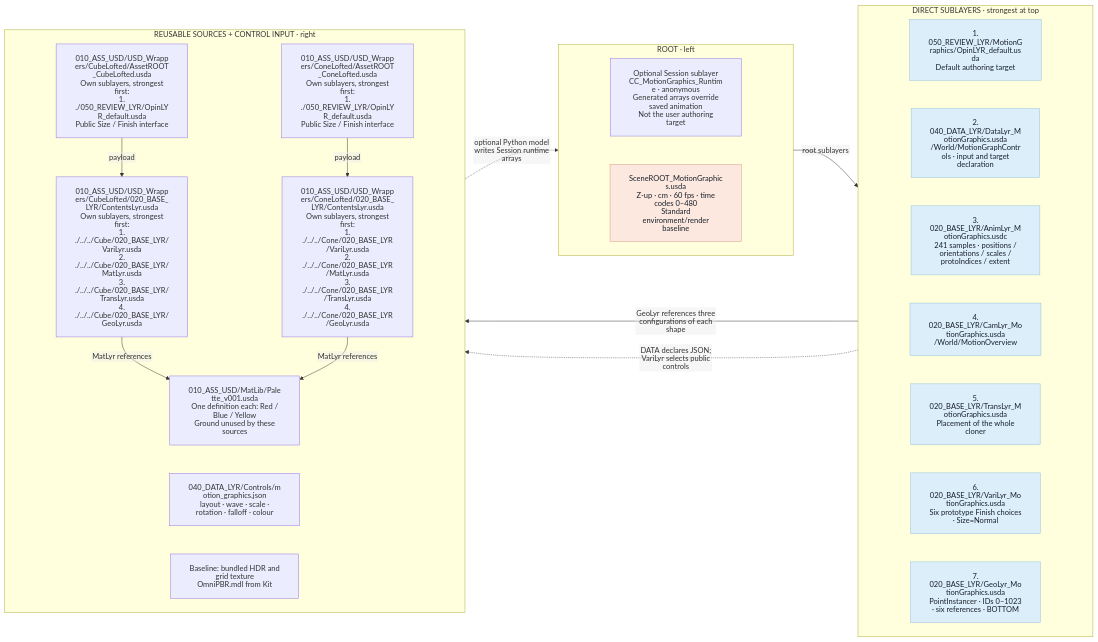
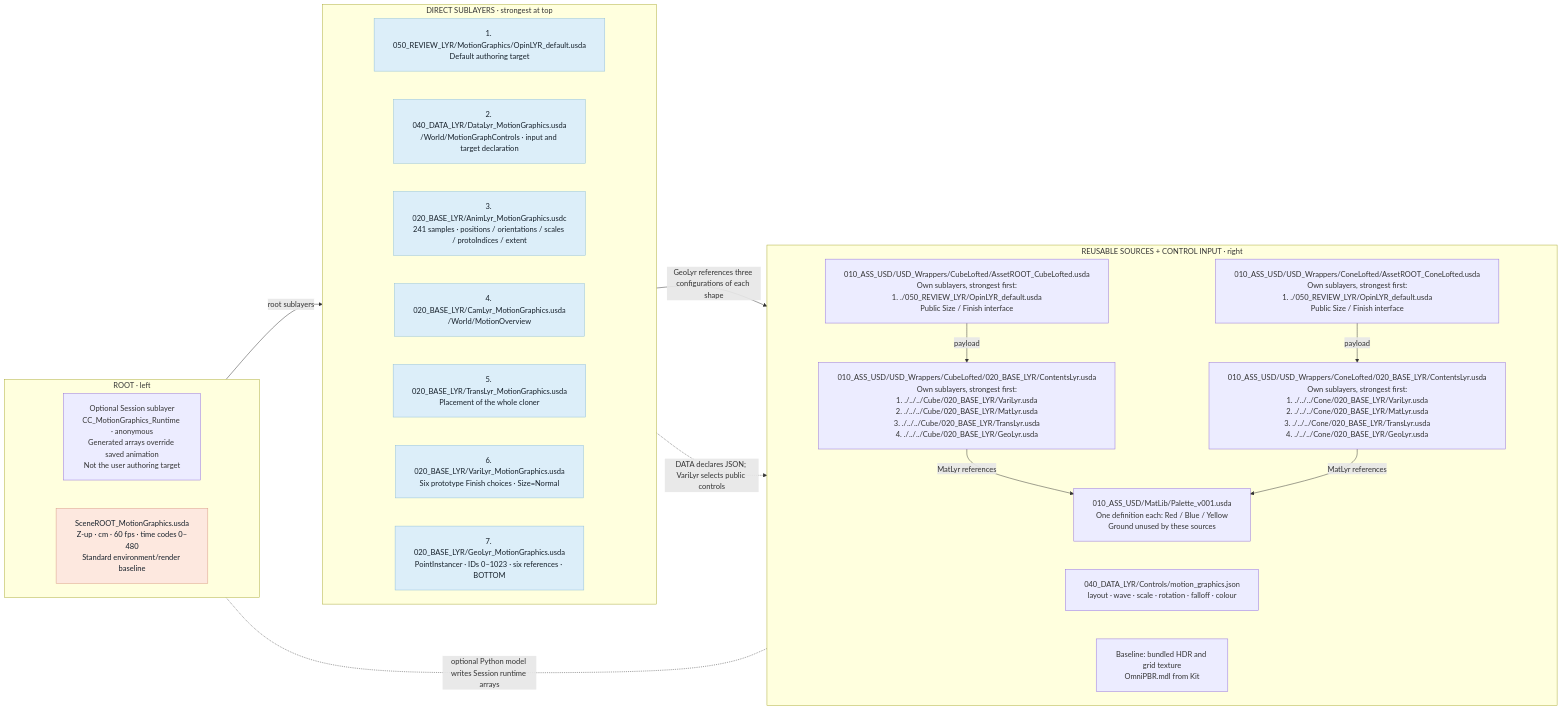
Diagram 15 of 15 in examples/01_LayeredScene/README.md (jph2/OpenUSD_GoodStart_CompositionContract), drawn with Mermaid before and after one commit. The commit also changed other lines of this file and 15 other files, not shown here.

Commit message:
Update composition contract, add synchronized skill, and fix diagrams

````diff
--- a/examples/01_LayeredScene/README.md
+++ b/examples/01_LayeredScene/README.md
@@ -1194,50 +1194,50 @@
 ```mermaid
-%%{init: {"htmlLabels": false, "themeVariables": {"fontFamily": "Arial, sans-serif"}, "flowchart": {"htmlLabels": false, "padding": 20, "nodeSpacing": 200, "rankSpacing": 35, "diagramPadding": 20}}}%%
+%%{init: {"htmlLabels": true, "themeVariables": {"fontFamily": "Arial, sans-serif"}, "flowchart": {"htmlLabels": true, "padding": 20, "nodeSpacing": 200, "rankSpacing": 35, "diagramPadding": 20}}}%%
 flowchart LR
     subgraph ENTRY["ROOT · left"]
         direction TB
         SESSION["Optional Session sublayer<br/>CC_MotionGraphics_Runtime · anonymous<br/>Generated arrays override saved animation<br/>Not the user authoring target"]
         R["SceneROOT_MotionGraphics.usda<br/>Z-up · cm · 60 fps · time codes 0–480<br/>Standard environment/render baseline"]
         SESSION ~~~ R
     end
     subgraph STACK["DIRECT SUBLAYERS · strongest at top"]
         direction TB
         L0["1. 050_REVIEW_LYR/MotionGraphics/OpinLYR_default.usda<br/>Default authoring target"]
         L1["2. 040_DATA_LYR/DataLyr_MotionGraphics.usda<br/>/World/MotionGraphControls · input and target declaration"]
         L0 ~~~ L1
         L2["3. 020_BASE_LYR/AnimLyr_MotionGraphics.usdc<br/>241 samples · positions / orientations / scales / protoIndices / extent"]
         L1 ~~~ L2
         L3["4. 020_BASE_LYR/CamLyr_MotionGraphics.usda<br/>/World/MotionOverview"]
         L2 ~~~ L3
         L4["5. 020_BASE_LYR/TransLyr_MotionGraphics.usda<br/>Placement of the whole cloner"]
         L3 ~~~ L4
         L5["6. 020_BASE_LYR/VariLyr_MotionGraphics.usda<br/>Six prototype Finish choices · Size=Normal"]
         L4 ~~~ L5
         L6["7. 020_BASE_LYR/GeoLyr_MotionGraphics.usda<br/>PointInstancer · IDs 0–1023 · six references · BOTTOM"]
         L5 ~~~ L6
     end
     subgraph SRC["REUSABLE SOURCES + CONTROL INPUT · right"]
         direction TB
         Cube["010_ASS_USD/USD_Wrappers/CubeLofted/AssetROOT_CubeLofted.usda<br/>Own sublayers, strongest first:<br/>1. ./050_REVIEW_LYR/OpinLYR_default.usda<br/>Public Size / Finish interface"]
         CubeC["010_ASS_USD/USD_Wrappers/CubeLofted/020_BASE_LYR/ContentsLyr.usda<br/>Own sublayers, strongest first:<br/>1. ./../../Cube/020_BASE_LYR/VariLyr.usda<br/>2. ./../../Cube/020_BASE_LYR/MatLyr.usda<br/>3. ./../../Cube/020_BASE_LYR/TransLyr.usda<br/>4. ./../../Cube/020_BASE_LYR/GeoLyr.usda"]
         Cube -->|payload| CubeC
         Cone["010_ASS_USD/USD_Wrappers/ConeLofted/AssetROOT_ConeLofted.usda<br/>Own sublayers, strongest first:<br/>1. ./050_REVIEW_LYR/OpinLYR_default.usda<br/>Public Size / Finish interface"]
         ConeC["010_ASS_USD/USD_Wrappers/ConeLofted/020_BASE_LYR/ContentsLyr.usda<br/>Own sublayers, strongest first:<br/>1. ./../../Cone/020_BASE_LYR/VariLyr.usda<br/>2. ./../../Cone/020_BASE_LYR/MatLyr.usda<br/>3. ./../../Cone/020_BASE_LYR/TransLyr.usda<br/>4. ./../../Cone/020_BASE_LYR/GeoLyr.usda"]
         Cone -->|payload| ConeC
         MAT["010_ASS_USD/MatLib/Palette_v001.usda<br/>One definition each: Red / Blue / Yellow<br/>Ground unused by these sources"]
         CubeC -->|MatLyr references| MAT
         ConeC -->|MatLyr references| MAT
         JSON["040_DATA_LYR/Controls/motion_graphics.json<br/>layout · wave · scale · rotation · falloff · colour"]
         RES["Baseline: bundled HDR and grid texture<br/>OmniPBR.mdl from Kit"]
         MAT ~~~ JSON
         JSON ~~~ RES
     end
     ENTRY -->|root sublayers| STACK
     STACK -->|GeoLyr references three configurations of each shape| SRC
     STACK -.->|DATA declares JSON; VariLyr selects public controls| SRC
-    SRC -.->|optional Python model writes Session runtime arrays| ENTRY
+    ENTRY <-.-|optional Python model writes Session runtime arrays| SRC
     classDef ccRoot fill:#fde8df,stroke:#d99b84,color:#17212b
     classDef layer fill:#dceef9,stroke:#91bfd8,color:#17212b
     class R ccRoot
     class L0,L1,L2,L3,L4,L5,L6 layer
 ```
````
